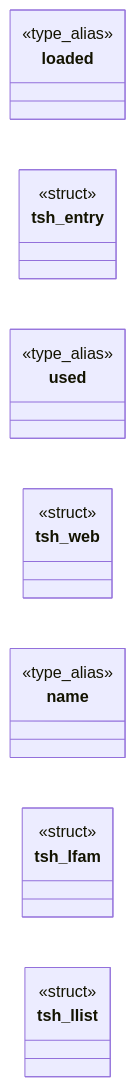
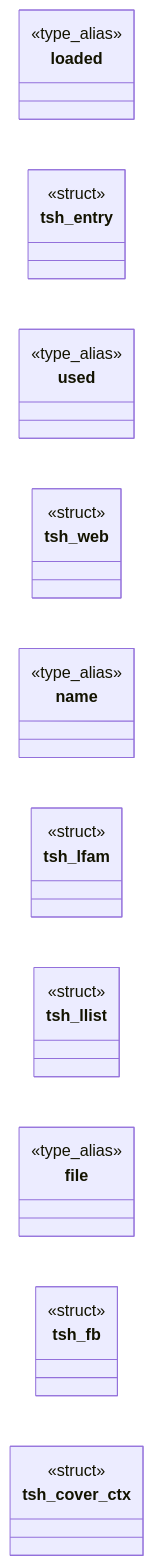
The first of 2 diagrams in readmenator-apidocs/modules/src.text_shape.c.md (grisuno/FreeDom), drawn with Mermaid before and after one commit. The commit also changed other lines of this file and 259 other files, not shown here.

````diff
--- a/readmenator-apidocs/modules/src.text_shape.c.md
+++ b/readmenator-apidocs/modules/src.text_shape.c.md
@@ -14,18 +14,24 @@
 ```mermaid
 classDiagram
     direction LR
     class loaded
     <<type_alias>> loaded
     class tsh_entry
     <<struct>> tsh_entry
     class used
     <<type_alias>> used
     class tsh_web
     <<struct>> tsh_web
     class name
     <<type_alias>> name
     class tsh_lfam
     <<struct>> tsh_lfam
     class tsh_llist
     <<struct>> tsh_llist
+    class file
+    <<type_alias>> file
+    class tsh_fb
+    <<struct>> tsh_fb
+    class tsh_cover_ctx
+    <<struct>> tsh_cover_ctx
 ```
````
